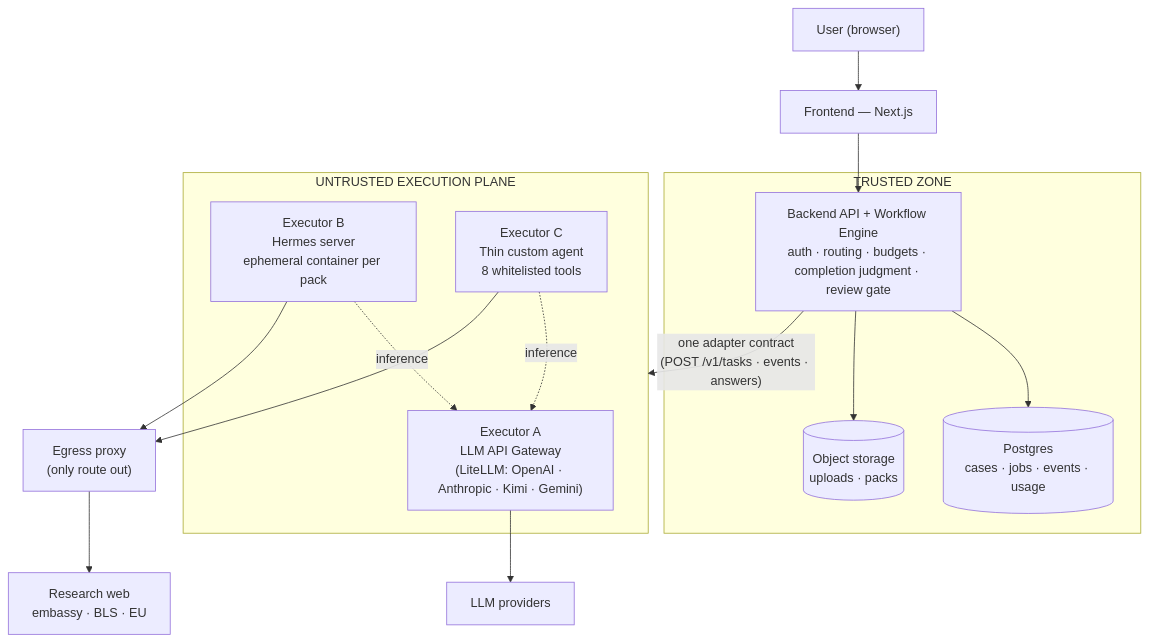
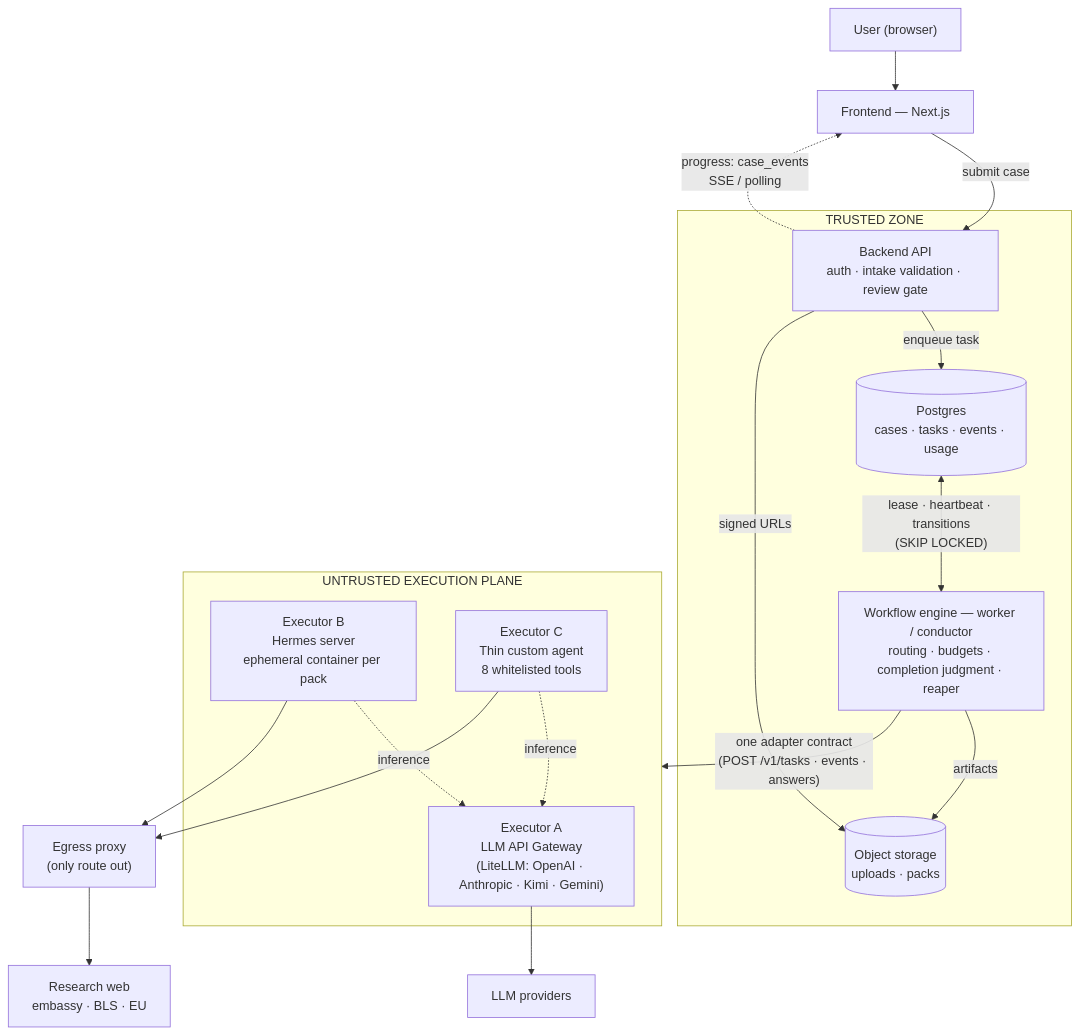
One commit to immurtal-official/visa-master-website changed the first of 5 diagrams in doc/architecture-v0.4-en.md. Above: the diagram before and after it, drawn with Mermaid. The commit also changed other lines of this file and 16 other files, not shown here.

````diff
--- a/doc/architecture-v0.4-en.md
+++ b/doc/architecture-v0.4-en.md
@@ -62,24 +62,28 @@
 ```mermaid
 flowchart TB
   U["User (browser)"] --> FE["Frontend — Next.js"]
-  FE --> BE
+  FE -->|"submit case"| API
+  API -.->|"progress: case_events<br/>SSE / polling"| FE
   subgraph TZ["TRUSTED ZONE"]
-    BE["Backend API + Workflow Engine<br/>auth · routing · budgets · completion judgment · review gate"]
-    DB[("Postgres<br/>cases · jobs · events · usage")]
+    API["Backend API<br/>auth · intake validation · review gate"]
+    DB[("Postgres<br/>cases · tasks · events · usage")]
     S3[("Object storage<br/>uploads · packs")]
-    BE --> DB
-    BE --> S3
+    WK["Workflow engine — worker / conductor<br/>routing · budgets · completion judgment · reaper"]
+    API -->|"enqueue task"| DB
+    API -->|"signed URLs"| S3
+    DB <-->|"lease · heartbeat · transitions<br/>(SKIP LOCKED)"| WK
+    WK -->|"artifacts"| S3
   end
-  BE -- "one adapter contract<br/>(POST /v1/tasks · events · answers)" --> EP
+  WK -- "one adapter contract<br/>(POST /v1/tasks · events · answers)" --> EP
   subgraph EP["UNTRUSTED EXECUTION PLANE"]
     GW["Executor A<br/>LLM API Gateway<br/>(LiteLLM: OpenAI · Anthropic · Kimi · Gemini)"]
     HM["Executor B<br/>Hermes server<br/>ephemeral container per pack"]
     CA["Executor C<br/>Thin custom agent<br/>8 whitelisted tools"]
   end
   HM -.->|inference| GW
   CA -.->|inference| GW
   HM --> PX["Egress proxy<br/>(only route out)"]
   CA --> PX
   PX --> WEB["Research web<br/>embassy · BLS · EU"]
   GW --> LLM["LLM providers"]
 ```
````
